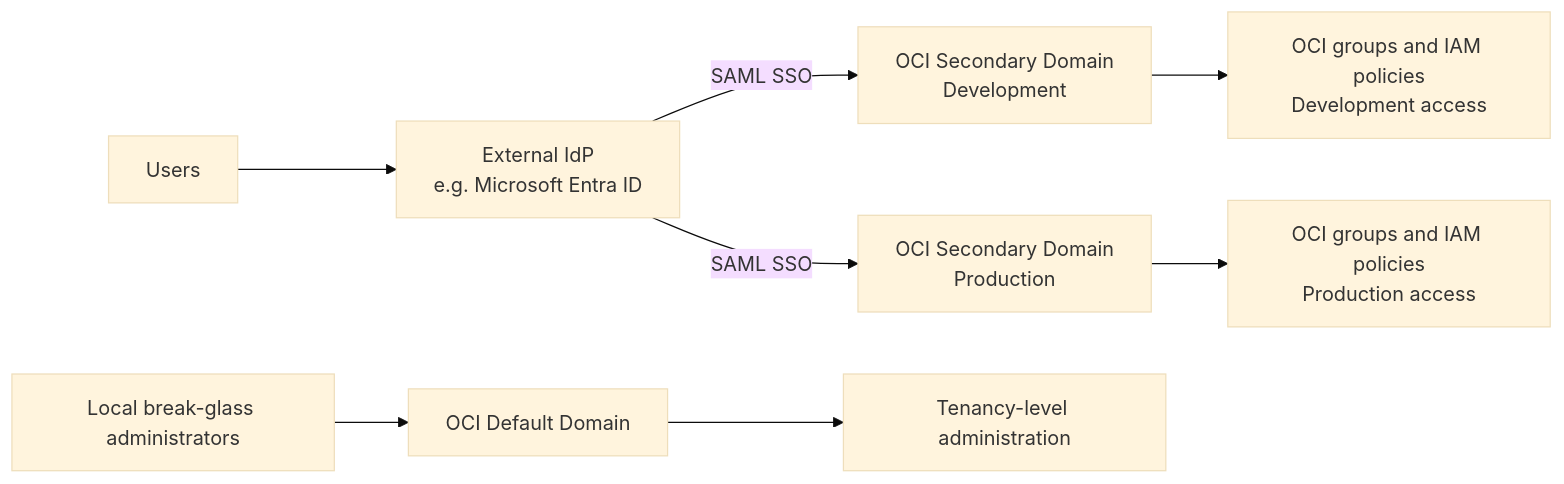
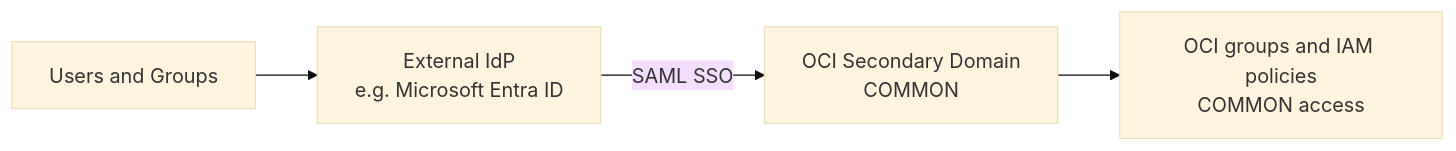
Before and after one commit to rphibbert/oci-landing-zone-operating-entities: the first of 2 diagrams in addons/oci-iam-domains/README.md, drawn with Mermaid (base theme). The commit also changed other lines of this file, not shown here.

````diff
--- a/addons/oci-iam-domains/README.md
+++ b/addons/oci-iam-domains/README.md
@@ -297,12 +298,7 @@
 ```mermaid
 flowchart LR
-    U[Users] --> I[External IdP<br/>e.g. Microsoft Entra ID]
-    I -->|SAML SSO| D1[OCI Secondary Domain<br/>Development]
-    I -->|SAML SSO| D2[OCI Secondary Domain<br/>Production]
+    U[Users and Groups] --> I[External IdP<br/>e.g. Microsoft Entra ID]
+    I -->|SAML SSO| D1[OCI Secondary Domain<br/>COMMON]
 
-    D1 --> P1[OCI groups and IAM policies<br/>Development access]
-    D2 --> P2[OCI groups and IAM policies<br/>Production access]
-
-    B[Local break-glass administrators] --> D0[OCI Default Domain]
-    D0 --> A[Tenancy-level administration]
+    D1 --> P1[OCI groups and IAM policies<br/>COMMON access]
 ```
````
